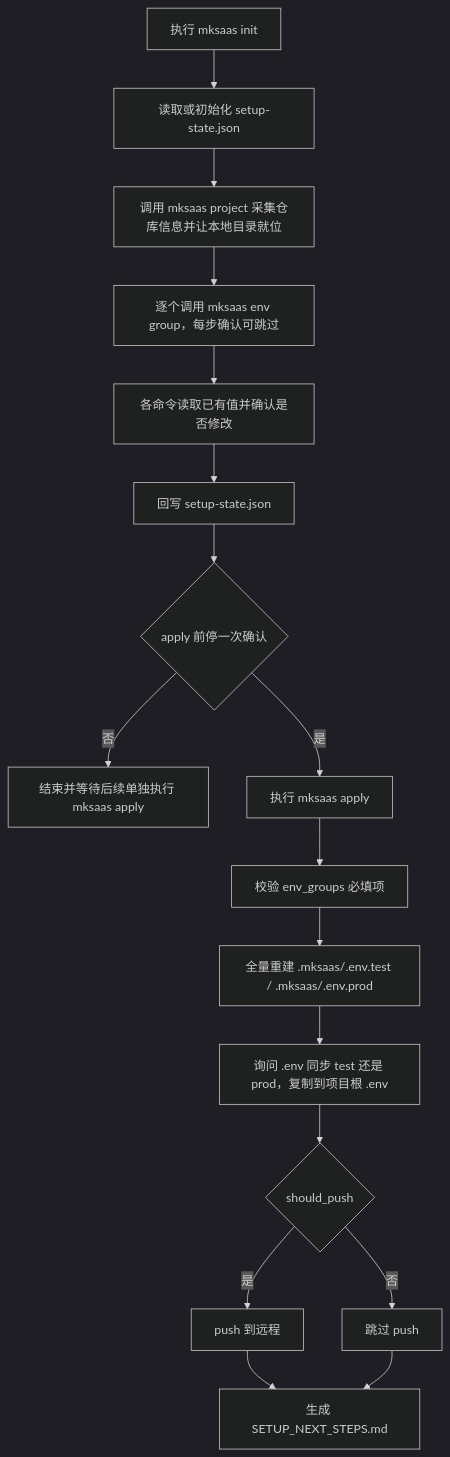
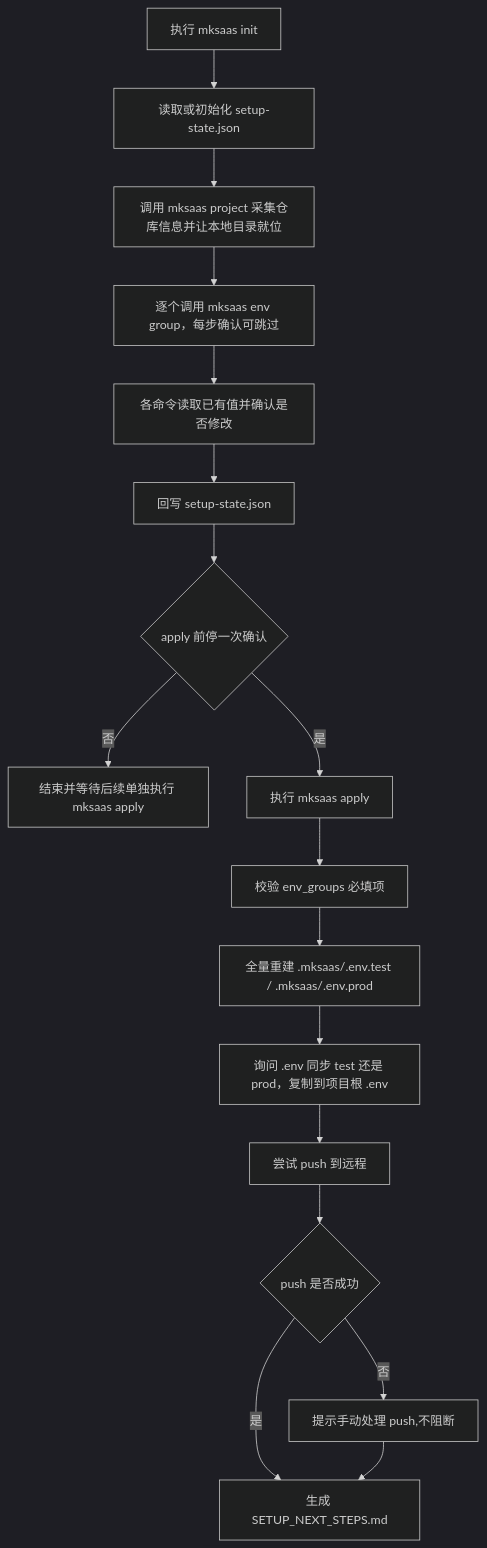
Before and after one commit to CaffeineOddity/mksaas_command: the first of 2 diagrams in docs/REQUIREMENTS.md, drawn with Mermaid (dark theme). The commit also changed other lines of this file and 38 other files, not shown here.

````diff
--- a/docs/REQUIREMENTS.md
+++ b/docs/REQUIREMENTS.md
@@ -248,19 +251,19 @@
 ```mermaid
 flowchart TD
     A[执行 mksaas init] --> B[读取或初始化 setup-state.json]
     B --> C[调用 mksaas project 采集仓库信息并让本地目录就位]
     C --> D[逐个调用 mksaas env group，每步确认可跳过]
     D --> E[各命令读取已有值并确认是否修改]
     E --> F[回写 setup-state.json]
     F --> G{apply 前停一次确认}
     G -->|否| H[结束并等待后续单独执行 mksaas apply]
     G -->|是| I[执行 mksaas apply]
     I --> J[校验 env_groups 必填项]
     J --> K[全量重建 .mksaas/.env.test / .mksaas/.env.prod]
     K --> L[询问 .env 同步 test 还是 prod，复制到项目根 .env]
-    L --> M{should_push}
-    M -->|是| N[push 到远程]
-    M -->|否| O[跳过 push]
-    N --> P[生成 SETUP_NEXT_STEPS.md]
-    O --> P
+    L --> M[尝试 push 到远程]
+    M --> MP{push 是否成功}
+    MP -->|是| P[生成 SETUP_NEXT_STEPS.md]
+    MP -->|否| MQ[提示手动处理 push,不阻断]
+    MQ --> P
 ```
````
